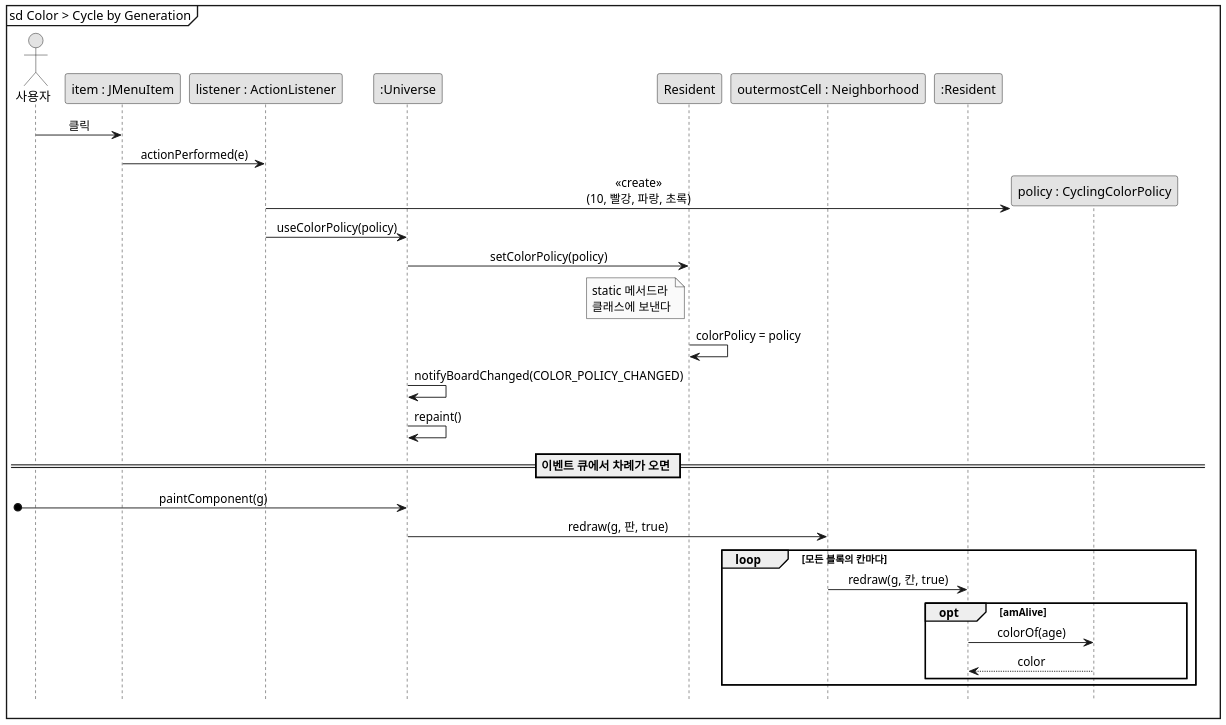
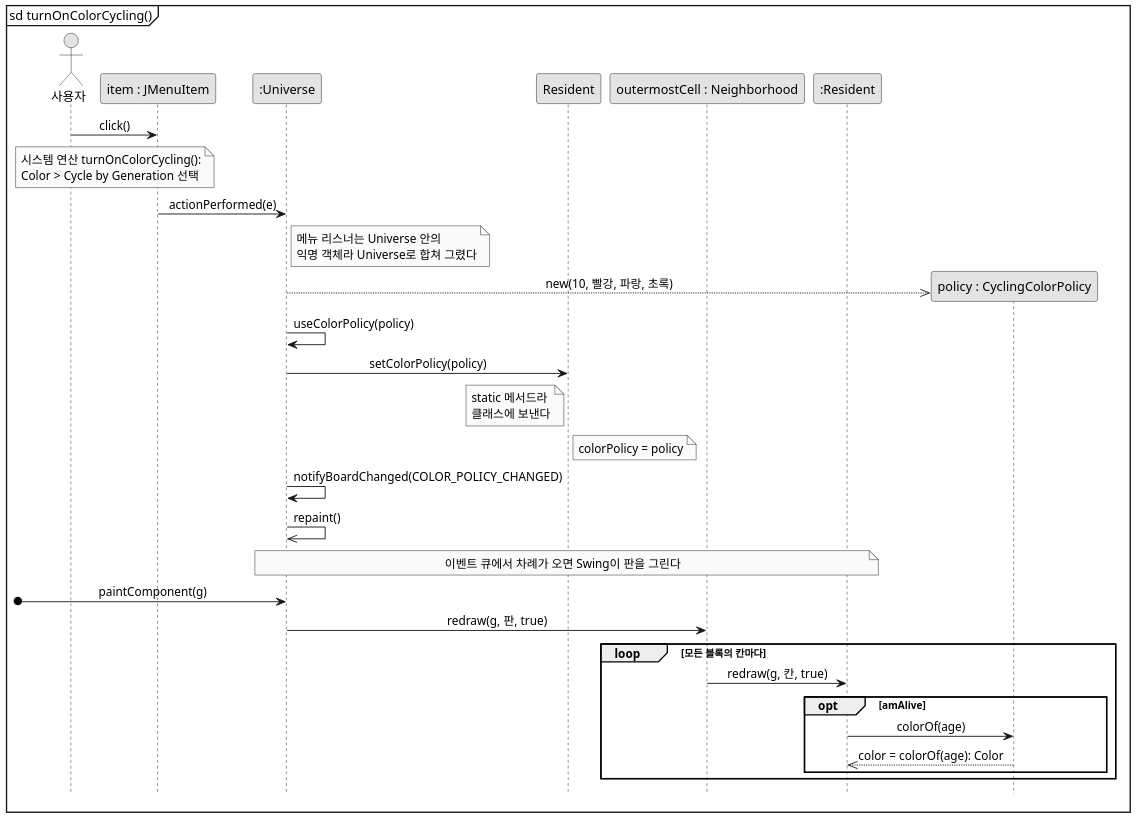
Before and after one commit to mckimR1972/DP_team_project: the diagram in docs/color-gen/diagrams/sd-color-menu.puml, drawn with PlantUML. The commit also changed 16 other files, not shown here.

Commit message:
docs: 시퀀스 다이어그램과 클래스 다이어그램을 로컬 코드에 맞게 고치고 클래스 다이어그램의 멤버 기준을 명시

```diff
--- a/docs/color-gen/diagrams/sd-color-menu.puml
+++ b/docs/color-gen/diagrams/sd-color-menu.puml
@@ -1,40 +1,40 @@
 @startuml sd-color-menu
 skinparam monochrome true
 skinparam dpi 150
 skinparam shadowing false
 skinparam defaultFontName "Malgun Gothic"
 skinparam sequenceMessageAlign center
 hide footbox
-mainframe sd Color > Cycle by Generation
+mainframe sd turnOnColorCycling()
 
 actor "사용자" as User
 participant "item : JMenuItem" as M
-participant "listener : ActionListener" as L
 participant ":Universe" as U
 participant "Resident" as RC
 participant "outermostCell : Neighborhood" as N
 participant ":Resident" as R
 
-User -> M : 클릭
-M -> L : actionPerformed(e)
+User -> M : click()
+note over User, M : 시스템 연산 turnOnColorCycling():\nColor > Cycle by Generation 선택
+M -> U : actionPerformed(e)
+note right of U : 메뉴 리스너는 Universe 안의\n익명 객체라 Universe로 합쳐 그렸다
 create participant "policy : CyclingColorPolicy" as P
-L -> P : <<create>>\n(10, 빨강, 파랑, 초록)
-L -> U : useColorPolicy(policy)
+U -->> P : new(10, 빨강, 파랑, 초록)
+U -> U : useColorPolicy(policy)
 U -> RC : setColorPolicy(policy)
 note left of RC : static 메서드라\n클래스에 보낸다
-RC -> RC : colorPolicy = policy
+note right of RC : colorPolicy = policy
 U -> U : notifyBoardChanged(COLOR_POLICY_CHANGED)
-U -> U : repaint()
+U ->> U : repaint()
 
-== 이벤트 큐에서 차례가 오면 ==
-
+note over U, R : 이벤트 큐에서 차례가 오면 Swing이 판을 그린다
 [o-> U : paintComponent(g)
 U -> N : redraw(g, 판, true)
 loop 모든 블록의 칸마다
   N -> R : redraw(g, 칸, true)
   opt amAlive
     R -> P : colorOf(age)
-    P --> R : color
+    P -->> R : color = colorOf(age): Color
   end
 end
 @enduml
```
